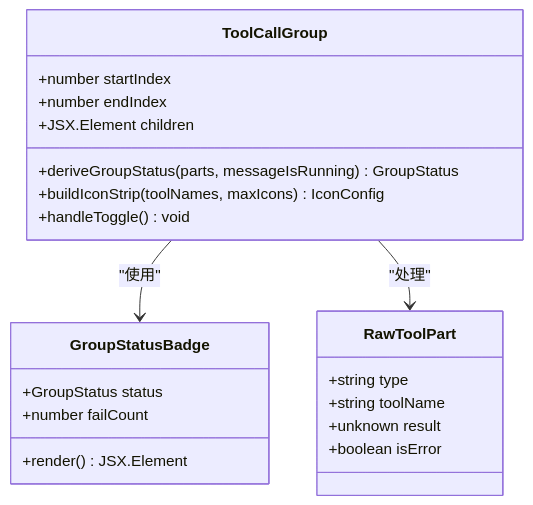
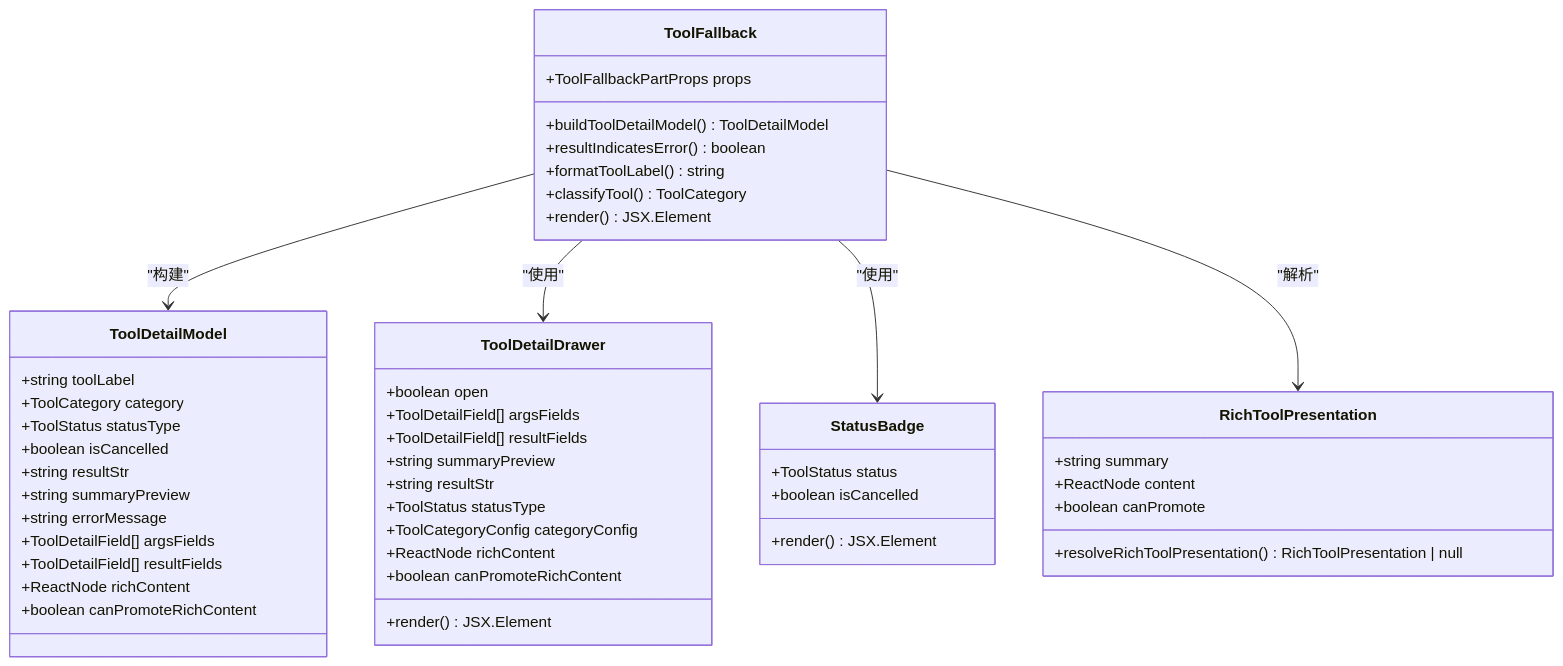
The third of 16 diagrams in .qoder/repowiki/zh/content/Web界面/UI组件系统/工具UI组件/工具UI组件.md (verse-ai-org/openclaw), drawn with Mermaid before and after one commit. The commit also changed other lines of this file and 26 other files, not shown here.

````diff
--- a/.qoder/repowiki/zh/content/Web界面/UI组件系统/工具UI组件/工具UI组件.md
+++ b/.qoder/repowiki/zh/content/Web界面/UI组件系统/工具UI组件/工具UI组件.md
@@ -331,24 +340,51 @@
 ```mermaid
 classDiagram
-class ToolCallGroup {
-+number startIndex
-+number endIndex
-+JSX.Element children
-+deriveGroupStatus(parts, messageIsRunning) GroupStatus
-+buildIconStrip(toolNames, maxIcons) IconConfig
-+handleToggle() void
-}
-class GroupStatusBadge {
-+GroupStatus status
-+number failCount
+class ToolFallback {
++ToolFallbackPartProps props
++buildToolDetailModel() ToolDetailModel
++resultIndicatesError() boolean
++formatToolLabel() string
++classifyTool() ToolCategory
 +render() JSX.Element
 }
-class RawToolPart {
-+string type
-+string toolName
-+unknown result
-+boolean isError
+class ToolDetailModel {
++string toolLabel
++ToolCategory category
++ToolStatus statusType
++boolean isCancelled
++string resultStr
++string summaryPreview
++string errorMessage
++ToolDetailField[] argsFields
++ToolDetailField[] resultFields
++ReactNode richContent
++boolean canPromoteRichContent
 }
-ToolCallGroup --> GroupStatusBadge : "使用"
-ToolCallGroup --> RawToolPart : "处理"
+class ToolDetailDrawer {
++boolean open
++ToolDetailField[] argsFields
++ToolDetailField[] resultFields
++string summaryPreview
++string resultStr
++ToolStatus statusType
++ToolCategoryConfig categoryConfig
++ReactNode richContent
++boolean canPromoteRichContent
++render() JSX.Element
+}
+class StatusBadge {
++ToolStatus status
++boolean isCancelled
++render() JSX.Element
+}
+class RichToolPresentation {
++string summary
++ReactNode content
++boolean canPromote
++resolveRichToolPresentation() RichToolPresentation | null
+}
+ToolFallback --> ToolDetailModel : "构建"
+ToolFallback --> ToolDetailDrawer : "使用"
+ToolFallback --> StatusBadge : "使用"
+ToolFallback --> RichToolPresentation : "解析"
 ```
````
